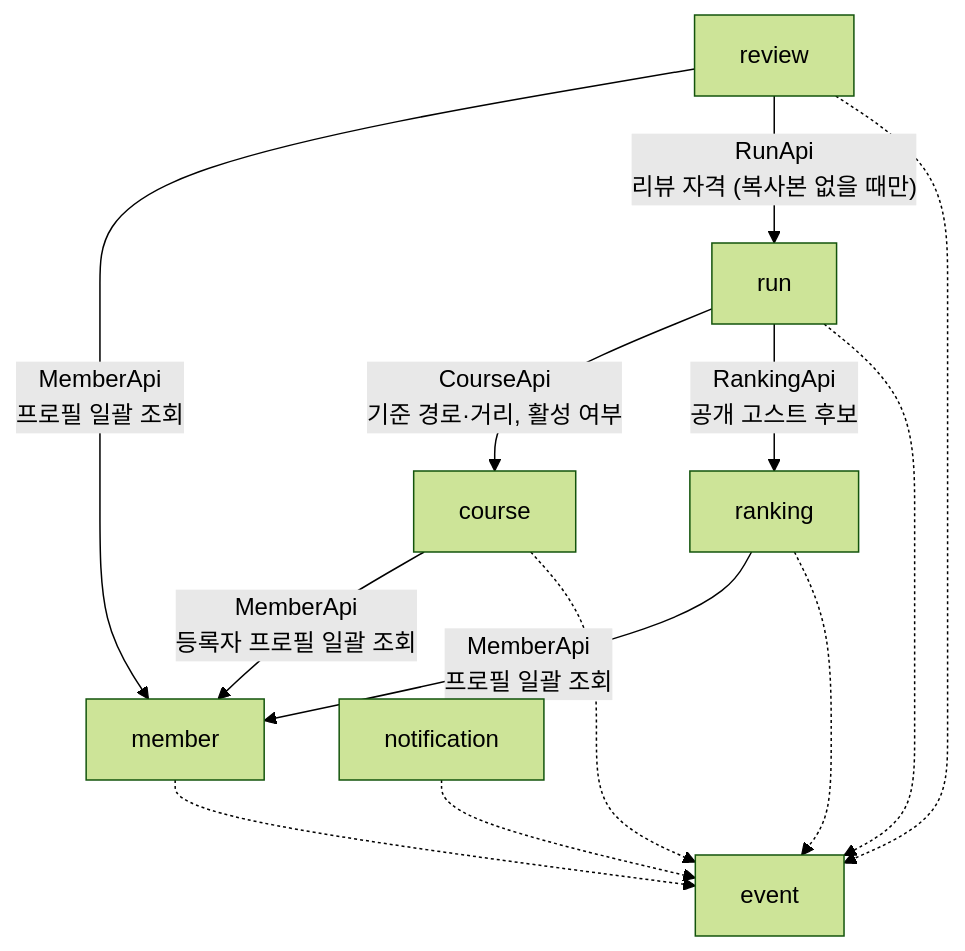
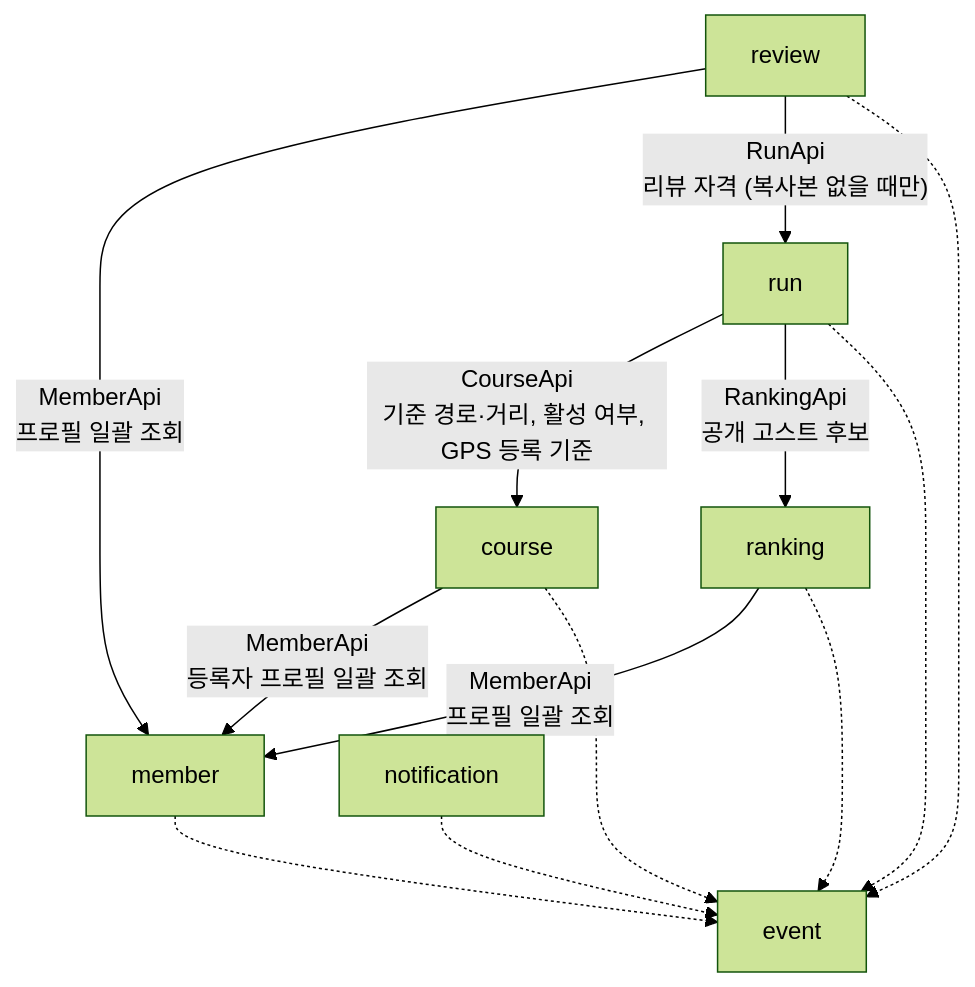
One commit to SunMoonUniv/WADADAK changed the second of 4 diagrams in 개발 정책 v3.md. Above: the diagram before and after it, drawn with Mermaid (forest theme). The commit also changed other lines of this file and 10 other files, not shown here.

First line of the commit message:
feat(course): F7 GPS 코스 등록 끊긴 구간 기준 — CourseApi.checkGpsGaps

````diff
--- a/개발 정책 v3.md
+++ b/개발 정책 v3.md
@@ -295,16 +295,16 @@
 ```mermaid
 flowchart TD
-    run -->|"CourseApi<br/>기준 경로·거리, 활성 여부"| course
+    run -->|"CourseApi<br/>기준 경로·거리, 활성 여부, GPS 등록 기준"| course
     run -->|"RankingApi<br/>공개 고스트 후보"| ranking
     ranking -->|"MemberApi<br/>프로필 일괄 조회"| member
     review -->|"MemberApi<br/>프로필 일괄 조회"| member
     course -->|"MemberApi<br/>등록자 프로필 일괄 조회"| member
     review -->|"RunApi<br/>리뷰 자격 (복사본 없을 때만)"| run
 
     member -.-> event
     course -.-> event
     run -.-> event
     ranking -.-> event
     review -.-> event
     notification -.-> event
 ```
````
